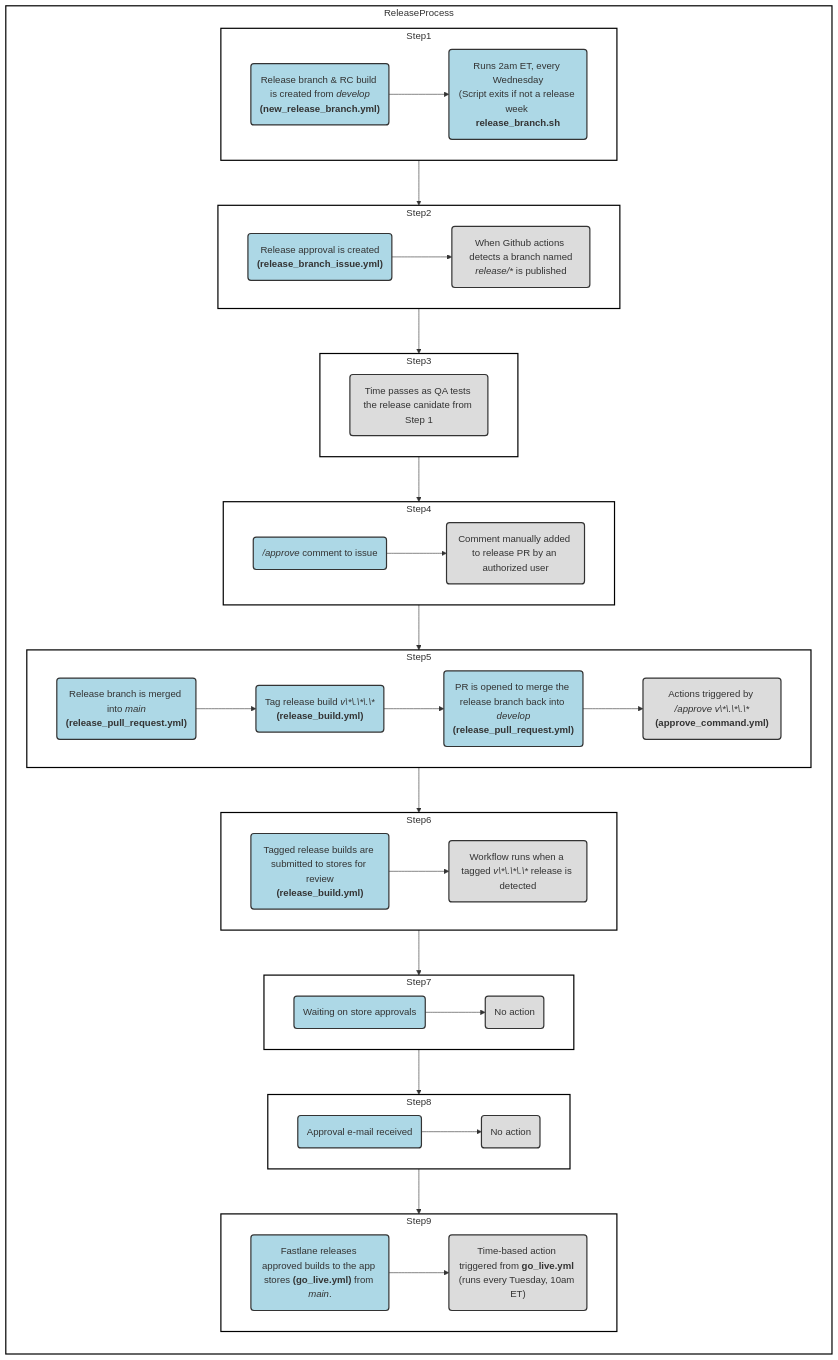
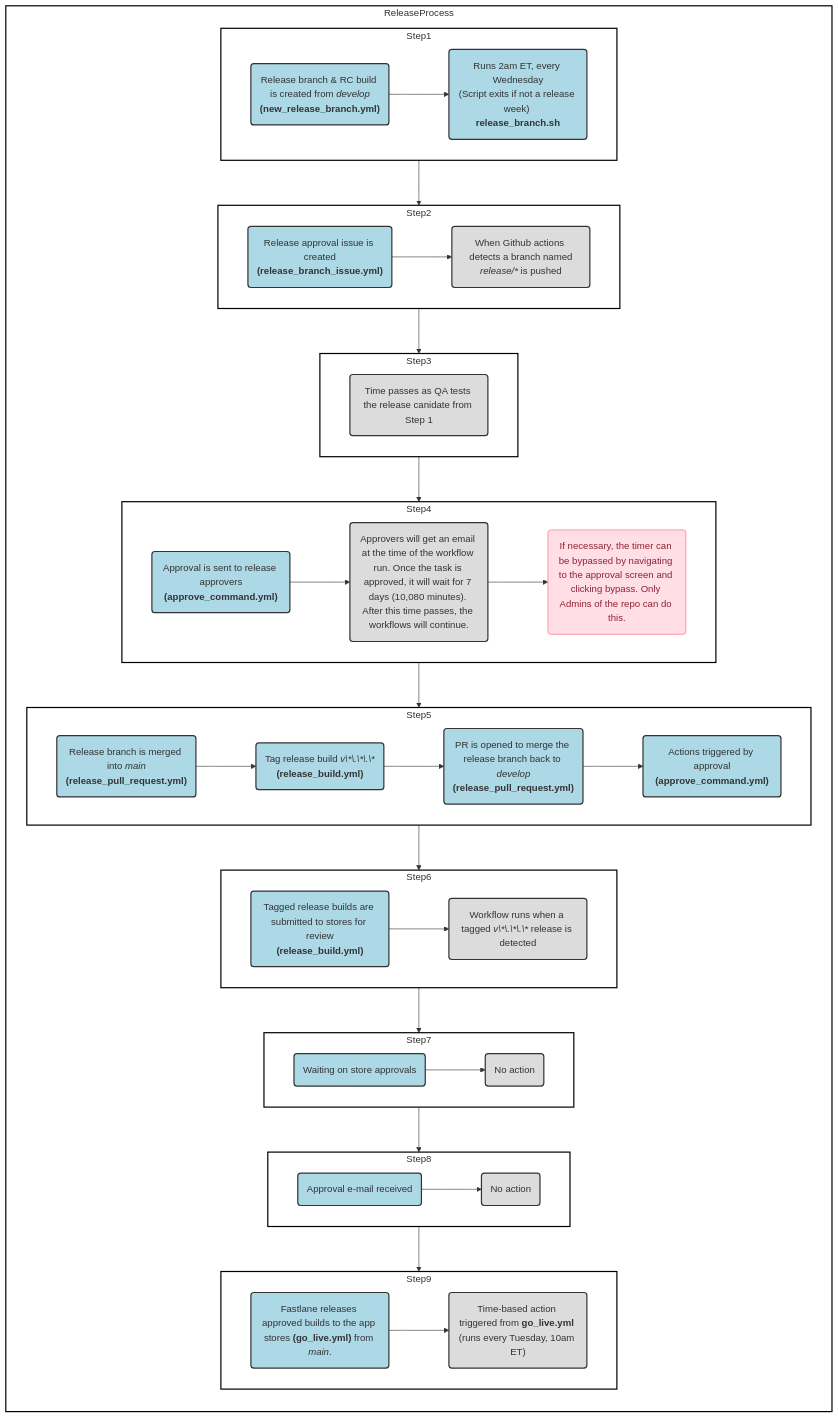
The diagram in VAMobile/documentation/docs/Operations/Releases/release-process.md (department-of-veterans-affairs/va-mobile-app), drawn with Mermaid before and after one commit. The commit also changed 1 other file, not shown here.

Commit message:
Updating the release flow to follow the new approval process

````diff
--- a/VAMobile/documentation/docs/Operations/Releases/release-process.md
+++ b/VAMobile/documentation/docs/Operations/Releases/release-process.md
@@ -5,69 +5,70 @@
 ```mermaid
 flowchart LR
     subgraph ReleaseProcess
         direction TB
         subgraph Step1
             direction LR
-            A("Release branch & RC build is created from <i>develop</i><br><b>(new_release_branch.yml)</b>") --> B("Runs 2am ET, every Wednesday<br>(Script exits if not a release week <br><b>release_branch.sh</b>")
+            A("Release branch & RC build is created from <i>develop</i><br><b>(new_release_branch.yml)</b>") --> B("Runs 2am ET, every Wednesday<br>(Script exits if not a release week) <br><b>release_branch.sh</b>")
         end
         subgraph Step2
             direction LR
-            C("Release approval is created<br><b>(release_branch_issue.yml)</b>") --> D("When Github actions detects a branch named<br><i>release/*</i> is published")
+            C("Release approval issue is created<br><b>(release_branch_issue.yml)</b>") --> D("When Github actions detects a branch named<br><i>release/*</i> is pushed")
         end
         subgraph Step3
             direction LR
             E("Time passes as QA tests the release canidate from Step 1"):::gray
         end
         subgraph Step4
             direction LR
-            F("<i>/approve</i> comment to issue") --> G("Comment manually added to release PR by an authorized user")
+            F("Approval is sent to release approvers<br><b>(approve_command.yml)</b>") --> G("Approvers will get an email at the time of the workflow run. Once the task is approved, it will wait for 7 days (10,080 minutes). After this time passes, the workflows will continue.") --> S("If necessary, the timer can be bypassed by navigating to the approval screen and clicking bypass. Only Admins of the repo can do this.")
         end
         subgraph Step5
             direction LR
-            H("Release branch is merged into <i>main</i><br><b>(release_pull_request.yml)</b>") --> I("Tag release build <i>v\*\.\*\.\*</i><br><b>(release_build.yml)</b>") --> S("PR is opened to merge the release branch back into <i>develop</i><br><b>(release_pull_request.yml)</b>") --> J("Actions triggered by <i>/approve v\*\.\*\.\*</i><br><b>(approve_command.yml)</b>")
+            H("Release branch is merged into <i>main</i><br><b>(release_pull_request.yml)</b>") --> I("Tag release build <i>v\*\.\*\.\*</i><br><b>(release_build.yml)</b>") --> T("PR is opened to merge the release branch back to <i>develop</i><br><b>(release_pull_request.yml)</b>") --> J("Actions triggered by approval<br><b>(approve_command.yml)</b>")
         end
         subgraph Step6
             direction LR
             K("Tagged release builds are submitted to stores for review<br><b>(release_build.yml)</b>") --> L("Workflow runs when a tagged <i>v\*\.\*\.\*</i> release is detected")
         end
         subgraph Step7
             direction LR
             M("Waiting on store approvals") --> N("No action")
         end
         subgraph Step8
             direction LR
             O("Approval e-mail received") --> P("No action")
         end
         subgraph Step9
             direction LR
             Q("Fastlane releases approved builds to the app stores <b>(go_live.yml)</b> from <i>main</i>.") --> R("Time-based action triggered from <b>go_live.yml</b> (runs every Tuesday, 10am ET)")
         end
     end
 
 %%Color Classes%%
 classDef blue fill:#ADD8E6,stroke:#333,stroke-width:2px;
 classDef gray fill:#DCDCDC,stroke:#333,stroke-width:2px;
 classDef white fill:#FFFFFF,stroke:#000000,stroke-width:2px;
 classDef Rose stroke-width:1px, stroke-dasharray:none, stroke:#FF5978, fill:#FFDFE5, color:#8E2236
 Step1:::white --> Step2:::white --> Step3:::white --> Step4:::white --> Step5:::white --> Step6:::white --> Step7:::white --> Step8:::white --> Step9:::white
 A:::blue
 B:::blue
 C:::blue
 D:::gray
 E:::gray
 F:::blue
 G:::gray
 H:::blue
 I:::blue
-J:::gray
+J:::blue
 K:::blue
 L:::gray
 M:::blue
 N:::gray
 O:::blue
 P:::gray
 Q:::blue
 R:::gray
-S:::blue
+S:::Rose
+T:::blue
 ReleaseProcess:::white
 ```
````
